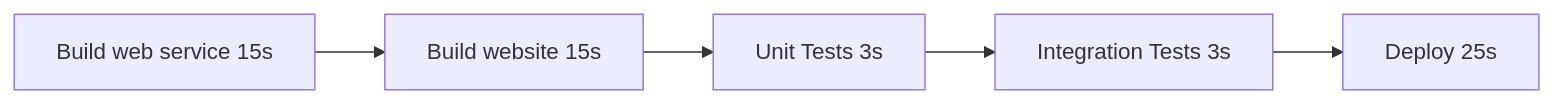
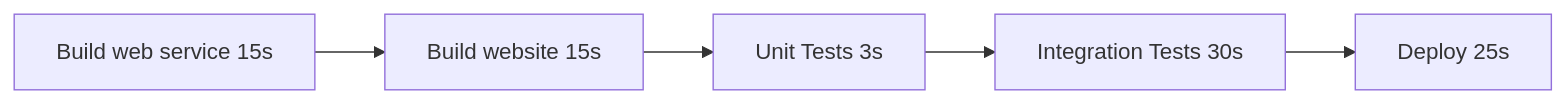
One commit to samsmithnz/ParallelPipelinesDemo changed the first of 2 diagrams in README.md. Above: the diagram before and after it, drawn with Mermaid. The commit also changed other lines of this file, not shown here.

Commit message:
updated graph

````diff
--- a/README.md
+++ b/README.md
@@ -5,4 +5,4 @@
 ```mermaid
   graph LR;
-      buildWeb[Build web service 15s]-->buildWebService[Build website 15s]-->unitTest[Unit Tests 3s]-->integrationTest[Integration Tests 3s]-->deploy[Deploy 25s];
+      buildWeb[Build web service 15s]-->buildWebService[Build website 15s]-->unitTest[Unit Tests 3s]-->integrationTest[Integration Tests 30s]-->deploy[Deploy 25s];
 ```
````
